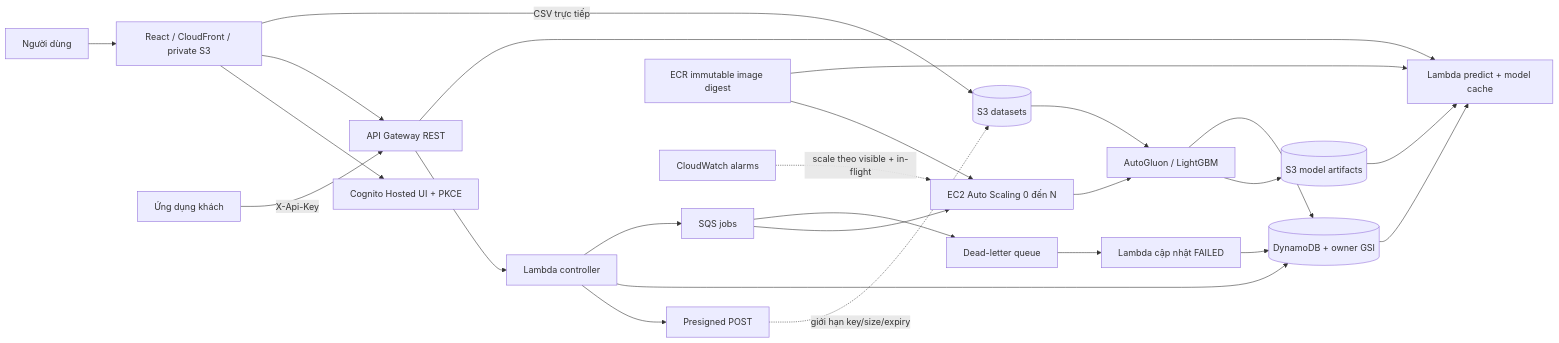
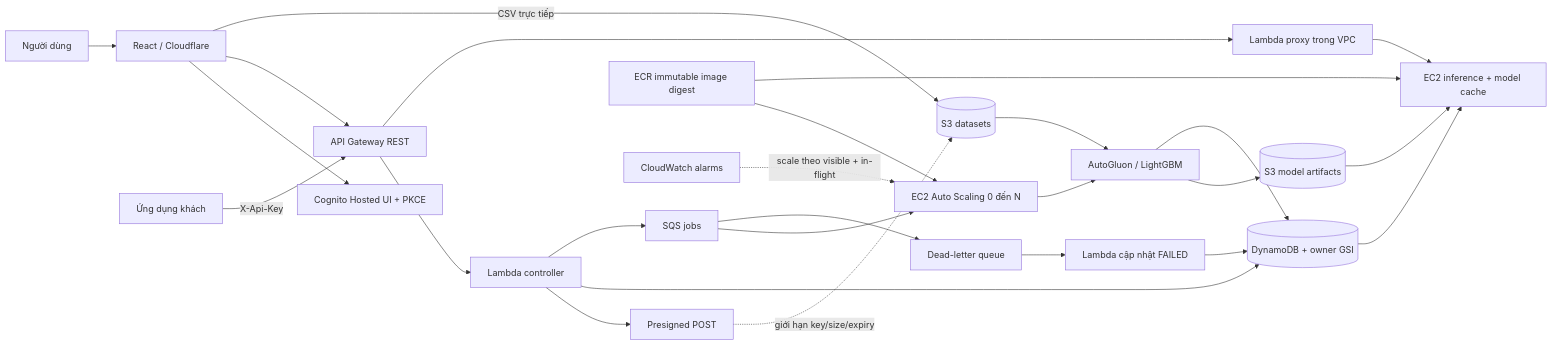
Before and after one commit to Coffee4626/INT3319E_Cloud_Final: the diagram in docs/architecture.md, drawn with Mermaid. The commit also changed other lines of this file and 20 other files, not shown here.

Commit message:
Run inference on private EC2 behind the existing prediction API

````diff
--- a/docs/architecture.md
+++ b/docs/architecture.md
@@ -3,27 +3,28 @@
 ```mermaid
 flowchart LR
-  User[Người dùng] --> Web[React / CloudFront / private S3]
+  User[Người dùng] --> Web[React / Cloudflare]
   Web --> Auth[Cognito Hosted UI + PKCE]
   Web --> API[API Gateway REST]
   API --> Controller[Lambda controller]
   Controller --> Upload[Presigned POST]
   Web -->|CSV trực tiếp| Data[(S3 datasets)]
   Upload -. giới hạn key/size/expiry .-> Data
   Controller --> DB[(DynamoDB + owner GSI)]
   Controller --> Queue[SQS jobs]
   Queue --> ASG[EC2 Auto Scaling 0 đến N]
   ASG --> Train[AutoGluon / LightGBM]
   Data --> Train
   Train --> Models[(S3 model artifacts)]
   Train --> DB
   Client[Ứng dụng khách] -->|X-Api-Key| API
-  API --> Predict[Lambda predict + model cache]
+  API --> Proxy[Lambda proxy trong VPC]
+  Proxy --> Predict[EC2 inference + model cache]
   Models --> Predict
   DB --> Predict
   ECR[ECR immutable image digest] --> ASG
   ECR --> Predict
   Queue --> DLQ[Dead-letter queue]
   DLQ --> Reconcile[Lambda cập nhật FAILED]
   Reconcile --> DB
   CW[CloudWatch alarms] -. scale theo visible + in-flight .-> ASG
 ```
````
